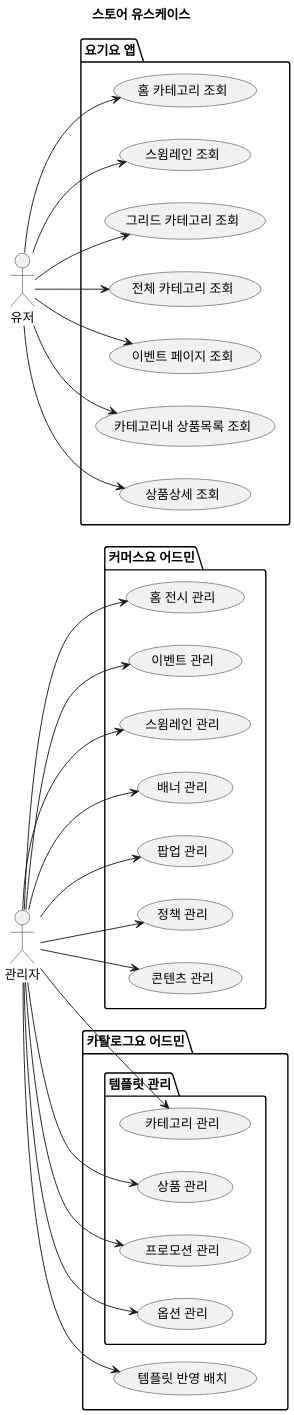
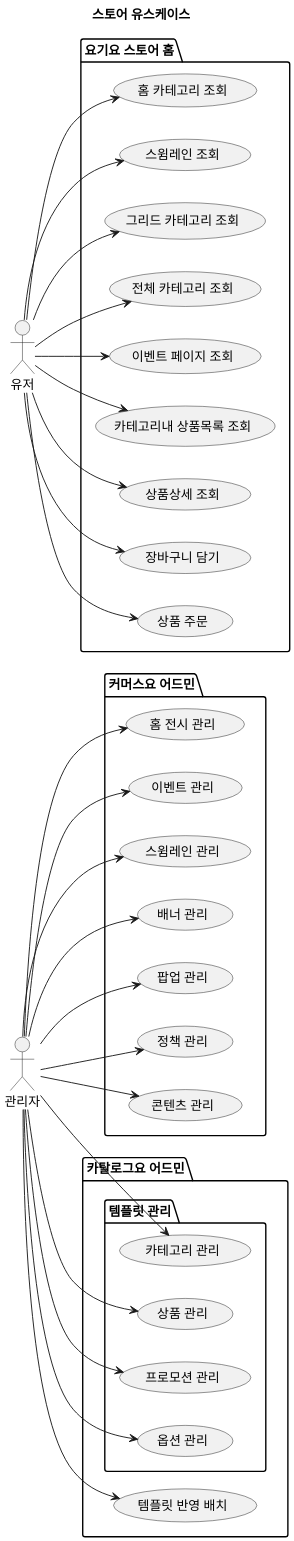
Before and after one commit to koo-bonsoo/plantuml: the diagram in usecase/store_usecase.plantuml, drawn with PlantUML.

```diff
--- a/usecase/store_usecase.plantuml
+++ b/usecase/store_usecase.plantuml
@@ -1,62 +1,67 @@
 @startuml 마이데이터 유스케이스
 skinparam defaultFontName D2Coding
 
 scale 2
+
 title 스토어 유스케이스
 
 left to right direction
 actor "관리자" as admin
 actor "유저" as user
 
-package "요기요 앱" as ygy_app {
+package "요기요 스토어 홈" as ygy_app {
     usecase "홈 카테고리 조회" as home_category
     usecase "스윔레인 조회" as swimlane
     usecase "그리드 카테고리 조회" as grid_category
     usecase "전체 카테고리 조회" as total_category
     usecase "이벤트 페이지 조회" as event_page
     usecase "카테고리내 상품목록 조회" as category_products
     usecase "상품상세 조회" as product_detail
+    usecase "장바구니 담기" as cart
+    usecase "상품 주문" as order
 }
 
 package "커머스요 어드민" as commerceyo_admin {
     usecase "홈 전시 관리" as home_display_management
     usecase "이벤트 관리" as event_management
     usecase "스윔레인 관리" as swimlane_management
     usecase "배너 관리" as banner_management
     usecase "팝업 관리" as popup_management
     usecase "정책 관리" as policy_management
     usecase "콘텐츠 관리" as contents_management
 }
 
 package "카탈로그요 어드민" as catalogyo_admin {
     package "템플릿 관리" as catalogyo_template {
         usecase "카테고리 관리" as category_management
         usecase "상품 관리" as product_management
         usecase "프로모션 관리" as promotion_management
         usecase "옵션 관리" as option_management
     }
     usecase "템플릿 반영 배치" as category_sync_management
 }
 
 user --> home_category
 user --> swimlane 
 user --> grid_category 
 user --> total_category 
 user --> event_page 
 user --> category_products 
 user --> product_detail 
+user --> cart 
+user --> order 
 
 admin --> home_display_management
 admin --> event_management
 admin --> swimlane_management
 admin --> banner_management
 admin --> popup_management
 admin --> policy_management
 admin --> contents_management
 
 admin --> category_sync_management
 admin --> category_management
 admin --> product_management
 admin --> promotion_management
 admin --> option_management
 @enduml
```
